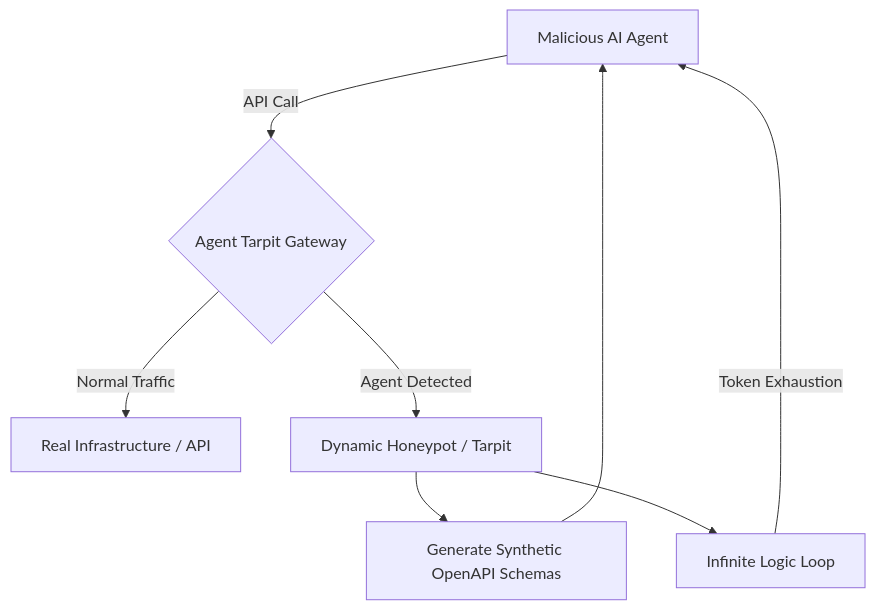
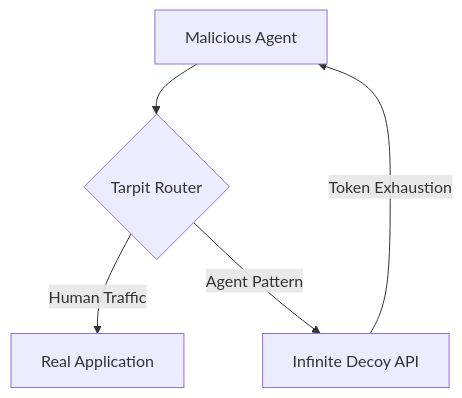
Before and after one commit to flouzzy/top-100-ai-startup-ideas: the first of 2 diagrams in ideas/agent-tarpit/README.md, drawn with Mermaid. The commit also changed other lines of this file and 41 other files, not shown here.

````diff
--- a/ideas/agent-tarpit/README.md
+++ b/ideas/agent-tarpit/README.md
@@ -17,10 +17,8 @@
 ```mermaid
 graph TD
-    A["Malicious AI Agent"] -->|API Call| B{"Agent Tarpit Gateway"}
-    B -->|Normal Traffic| C["Real Infrastructure / API"]
-    B -->|Agent Detected| D["Dynamic Honeypot / Tarpit"]
-    D --> E["Generate Synthetic OpenAPI Schemas"]
-    D --> F["Infinite Logic Loop"]
-    E --> A
-    F -->|Token Exhaustion| A
+    %% Tarpit Architecture
+    A["Malicious Agent"] --> B{"Tarpit Router"}
+    B -->|Human Traffic| C["Real Application"]
+    B -->|Agent Pattern| D["Infinite Decoy API"]
+    D -->|Token Exhaustion| A
 ```
````
